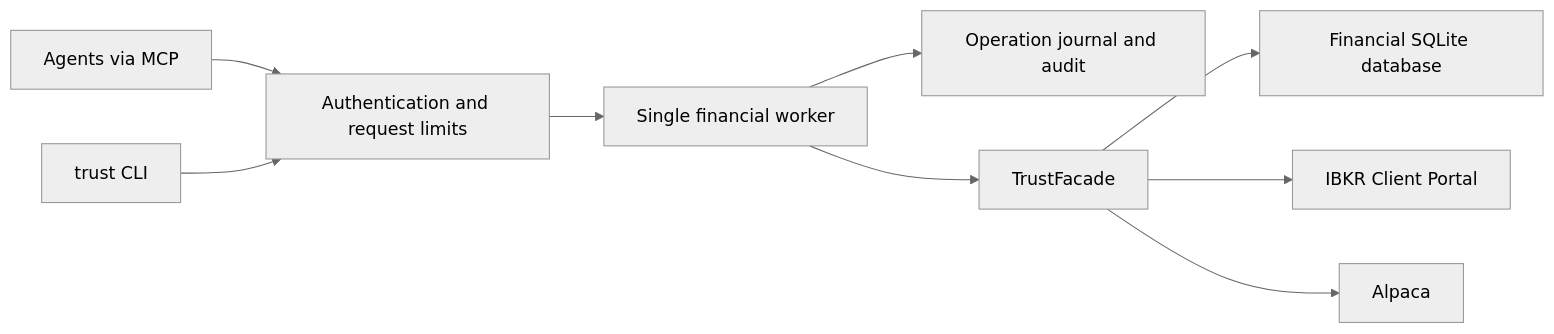
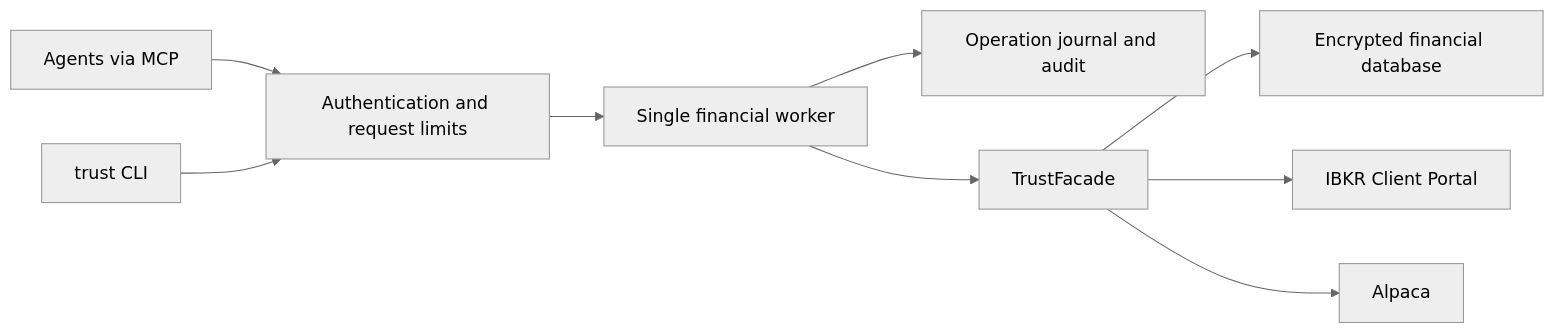
One commit to matiasvillaverde/trust changed the diagram in docs/service.md. Above: the diagram before and after it, drawn with Mermaid (neutral theme). The commit also changed other lines of this file and 168 other files, not shown here.

````diff
--- a/docs/service.md
+++ b/docs/service.md
@@ -5,11 +5,11 @@
 ```mermaid
 flowchart LR
   Agent[Agents via MCP] --> HTTP[Authentication and request limits]
   CLI[trust CLI] --> HTTP
   HTTP --> Worker[Single financial worker]
   Worker --> Journal[Operation journal and audit]
   Worker --> Facade[TrustFacade]
-  Facade --> Ledger[Financial SQLite database]
+  Facade --> Ledger[Encrypted financial database]
   Facade --> IBKR[IBKR Client Portal]
   Facade --> Alpaca[Alpaca]
 ```
````
